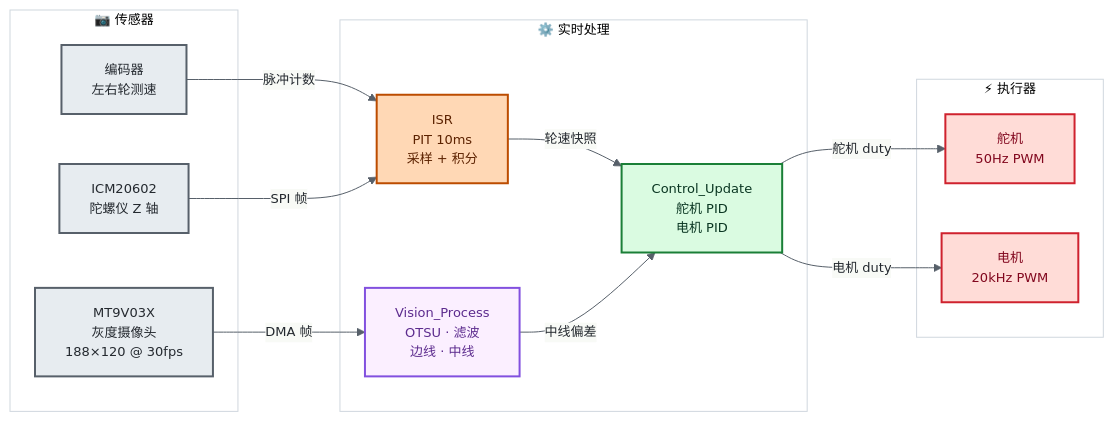
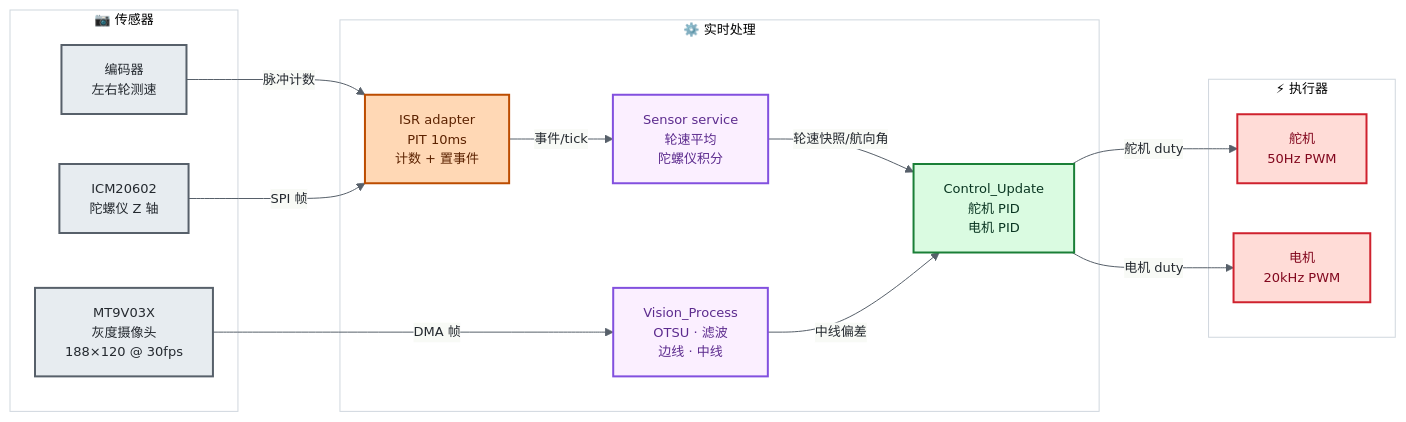
Before and after one commit to ParacosmYy/GS_Smart_car: the second of 3 diagrams in README.md, drawn with Mermaid. The commit also changed other lines of this file and 25 other files, not shown here.

````diff
--- a/README.md
+++ b/README.md
@@ -91,34 +97,36 @@
 ```mermaid
 %%{init: {'theme':'base','themeVariables':{'primaryColor':'#f6f8fa','primaryTextColor':'#24292f','primaryBorderColor':'#d0d7de','lineColor':'#57606a','fontSize':'13px','fontFamily':'ui-sans-serif,system-ui,-apple-system,Segoe UI,Helvetica,Arial,sans-serif','clusterBkg':'#ffffff','clusterBorder':'#d0d7de'}}}%%
 flowchart LR
     classDef sensor  fill:#e7ecf0,stroke:#57606a,stroke-width:2px,color:#24292f
     classDef isr     fill:#ffd8b5,stroke:#bc4c00,stroke-width:2px,color:#5c2200
     classDef vision  fill:#fbefff,stroke:#8250df,stroke-width:2px,color:#5c2b8e
     classDef control fill:#dafbe1,stroke:#1a7f37,stroke-width:2px,color:#0a3622
     classDef actOut  fill:#ffdcd7,stroke:#cf222e,stroke-width:2px,color:#82071e
 
     subgraph SENS[" 📷 传感器 "]
         CAM["MT9V03X<br/>灰度摄像头<br/>188×120 @ 30fps"]:::sensor
         ENC["编码器<br/>左右轮测速"]:::sensor
         GYRO["ICM20602<br/>陀螺仪 Z 轴"]:::sensor
     end
 
     subgraph PROC[" ⚙️ 实时处理 "]
-        ISR["ISR<br/>PIT 10ms<br/>采样 + 积分"]:::isr
+        ISR["ISR adapter<br/>PIT 10ms<br/>计数 + 置事件"]:::isr
+        SENSOR["Sensor service<br/>轮速平均<br/>陀螺仪积分"]:::vision
         VISION["Vision_Process<br/>OTSU · 滤波<br/>边线 · 中线"]:::vision
         CONTROL["Control_Update<br/>舵机 PID<br/>电机 PID"]:::control
     end
 
     subgraph ACT[" ⚡ 执行器 "]
         SERVO["舵机<br/>50Hz PWM"]:::actOut
         MOTOR["电机<br/>20kHz PWM"]:::actOut
     end
 
     CAM    -->|DMA 帧| VISION
     ENC    -->|脉冲计数| ISR
     GYRO   -->|SPI 帧| ISR
-    ISR    -->|轮速快照| CONTROL
+    ISR    -->|事件/tick| SENSOR
+    SENSOR -->|轮速快照/航向角| CONTROL
     VISION -->|中线偏差| CONTROL
     CONTROL -->|舵机 duty| SERVO
     CONTROL -->|电机 duty| MOTOR
 ```
````
